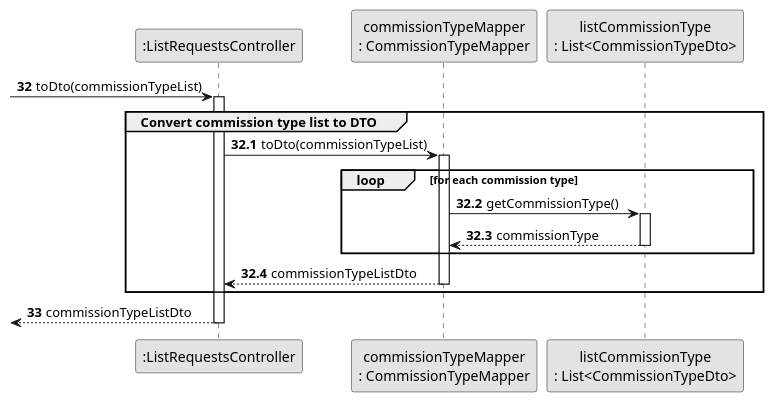
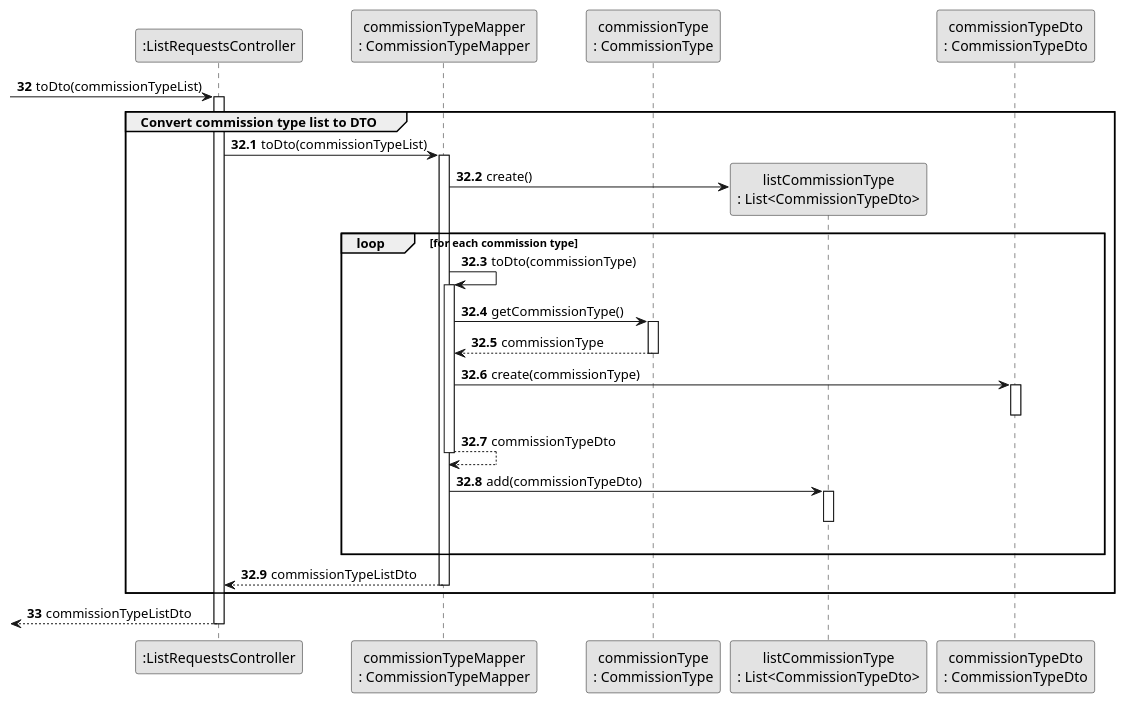
The diagram in docs/sprintC/us008/03.design/puml/us008-sequence-diagram-partial-convert-commission-type-list-to-DTO.puml (rita-barbosa/LAPR2-2223), drawn with PlantUML before and after one commit. The commit also changed 1 other file, not shown here.

```diff
--- a/docs/sprintC/us008/03.design/puml/us008-sequence-diagram-partial-convert-commission-type-list-to-DTO.puml
+++ b/docs/sprintC/us008/03.design/puml/us008-sequence-diagram-partial-convert-commission-type-list-to-DTO.puml
@@ -1,42 +1,62 @@
 @startuml
 skinparam monochrome true
 skinparam packageStyle rectangle
 skinparam shadowing false
 
 
 participant ":ListRequestsController" as CTRL
 participant "commissionTypeMapper\n: CommissionTypeMapper" as ComTypeMapper
-participant "listCommissionType\n: List<CommissionTypeDto>" as ComType
+participant "commissionType\n: CommissionType" as ComType
+participant "listCommissionType\n: List<CommissionTypeDto>" as ComTypeList
+participant "commissionTypeDto\n: CommissionTypeDto" as ComTypeDto
 
 autonumber 32
     -> CTRL: toDto(commissionTypeList)
     activate CTRL
 
 group Convert commission type list to DTO
 
 autonumber 32.1
 
 
     CTRL -> ComTypeMapper : toDto(commissionTypeList)
     activate ComTypeMapper
 
+    ComTypeMapper -> ComTypeList** : create()
+
 
  loop for each commission type
+
+ ComTypeMapper -> ComTypeMapper : toDto(commissionType)
+ activate ComTypeMapper
+
 
     ComTypeMapper -> ComType : getCommissionType()
     activate ComType
 
     ComType --> ComTypeMapper : commissionType
     deactivate ComType
+
+    ComTypeMapper -> ComTypeDto : create(commissionType)
+    activate ComTypeDto
+    deactivate ComTypeDto
+
+ ComTypeMapper --> ComTypeMapper : commissionTypeDto
+ deactivate ComTypeMapper
+
+ ComTypeMapper -> ComTypeList : add(commissionTypeDto)
+ activate ComTypeList
+ deactivate ComTypeList
+ |||
 
 end loop
     ComTypeMapper --> CTRL : commissionTypeListDto
     deactivate ComTypeMapper
 
 
 end group
 autonumber 33
      <-- CTRL: commissionTypeListDto
      deactivate CTRL
 
 @enduml
```
